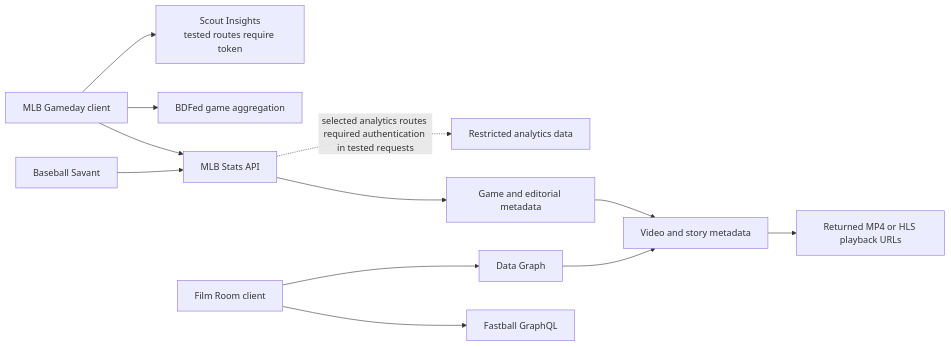
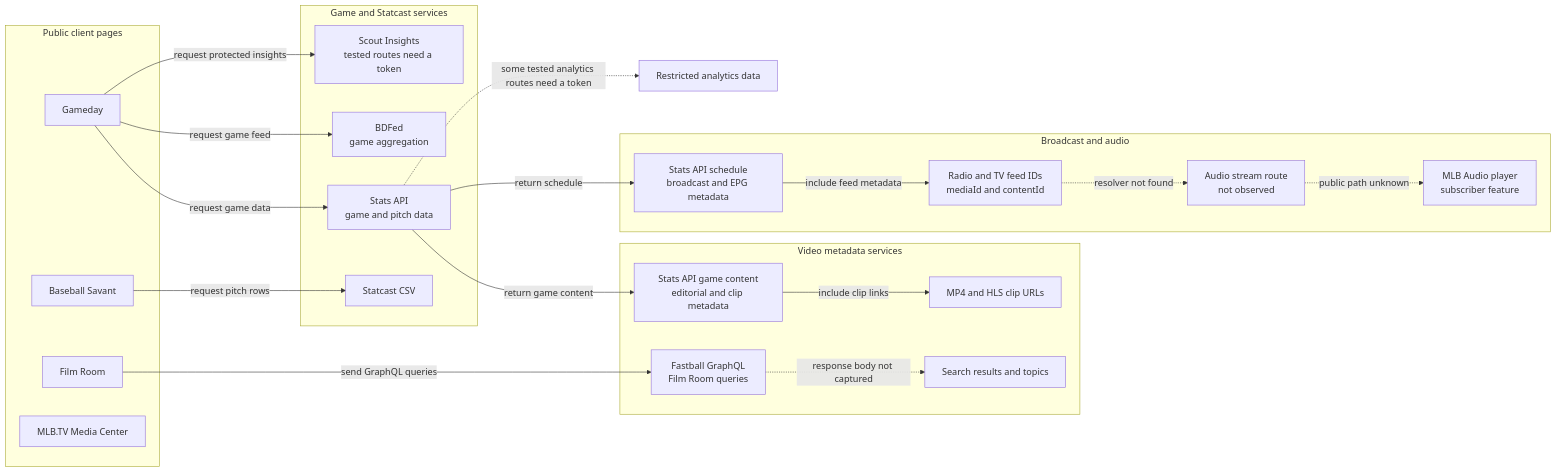
One commit to hsmahon/savant-stats changed the third of 3 diagrams in README.md. Above: the diagram before and after it, drawn with Mermaid. The commit also changed other lines of this file and 3 other files, not shown here.

First line of the commit message:
Document MLB public data architecture evidence

````diff
--- a/README.md
+++ b/README.md
@@ -69,15 +150,44 @@
 ```mermaid
 flowchart LR
-  savant[Baseball Savant] --> stats[MLB Stats API]
-  gameday[MLB Gameday client] --> stats
-  gameday --> bdfed[BDFed game aggregation]
-  gameday --> scout[Scout Insights<br/>tested routes require token]
+  subgraph clients[Public client pages]
+    gd[Gameday]
+    bs[Baseball Savant]
+    film[Film Room]
+    tv[MLB.TV Media Center]
+  end
 
-  film[Film Room client] --> fastball[Fastball GraphQL]
-  film --> datagraph[Data Graph]
-  stats --> content[Game and editorial metadata]
-  datagraph --> metadata[Video and story metadata]
-  content --> metadata
-  metadata --> playback[Returned MP4 or HLS playback URLs]
-  stats -. selected analytics routes required authentication in tested requests .-> restricted[Restricted analytics data]
+  subgraph gameapi[Game and Statcast services]
+    stats[Stats API<br/>game and pitch data]
+    bdfed[BDFed<br/>game aggregation]
+    scout[Scout Insights<br/>tested routes need a token]
+    csv[Statcast CSV]
+    gd -->|request game data| stats
+    gd -->|request game feed| bdfed
+    gd -->|request protected insights| scout
+    bs -->|request pitch rows| csv
+  end
+
+  subgraph mediaapi[Video metadata services]
+    fastball[Fastball GraphQL<br/>Film Room queries]
+    content[Stats API game content<br/>editorial and clip metadata]
+    search[Search results and topics]
+    playback[MP4 and HLS clip URLs]
+    film -->|send GraphQL queries| fastball
+    fastball -.->|response body not captured| search
+    stats -->|return game content| content
+    content -->|include clip links| playback
+  end
+
+  subgraph audioapi[Broadcast and audio]
+    schedule[Stats API schedule<br/>broadcast and EPG metadata]
+    epg[Radio and TV feed IDs<br/>mediaId and contentId]
+    stream[Audio stream route<br/>not observed]
+    player[MLB Audio player<br/>subscriber feature]
+    stats -->|return schedule| schedule
+    schedule -->|include feed metadata| epg
+    epg -.->|resolver not found| stream
+    stream -.->|public path unknown| player
+  end
+
+  stats -.->|some tested analytics routes need a token| restricted[Restricted analytics data]
 ```
````
